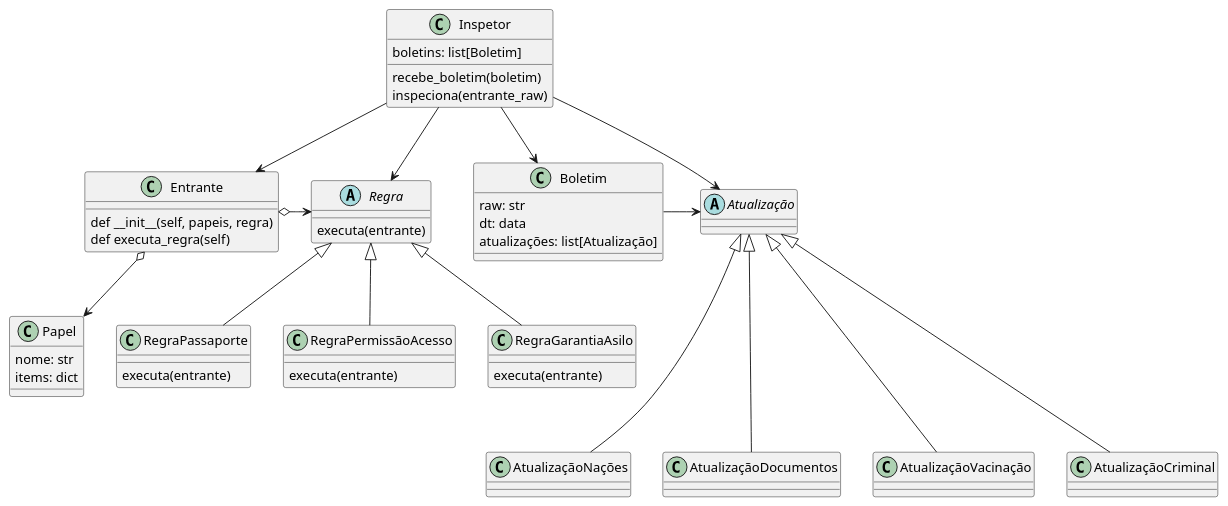
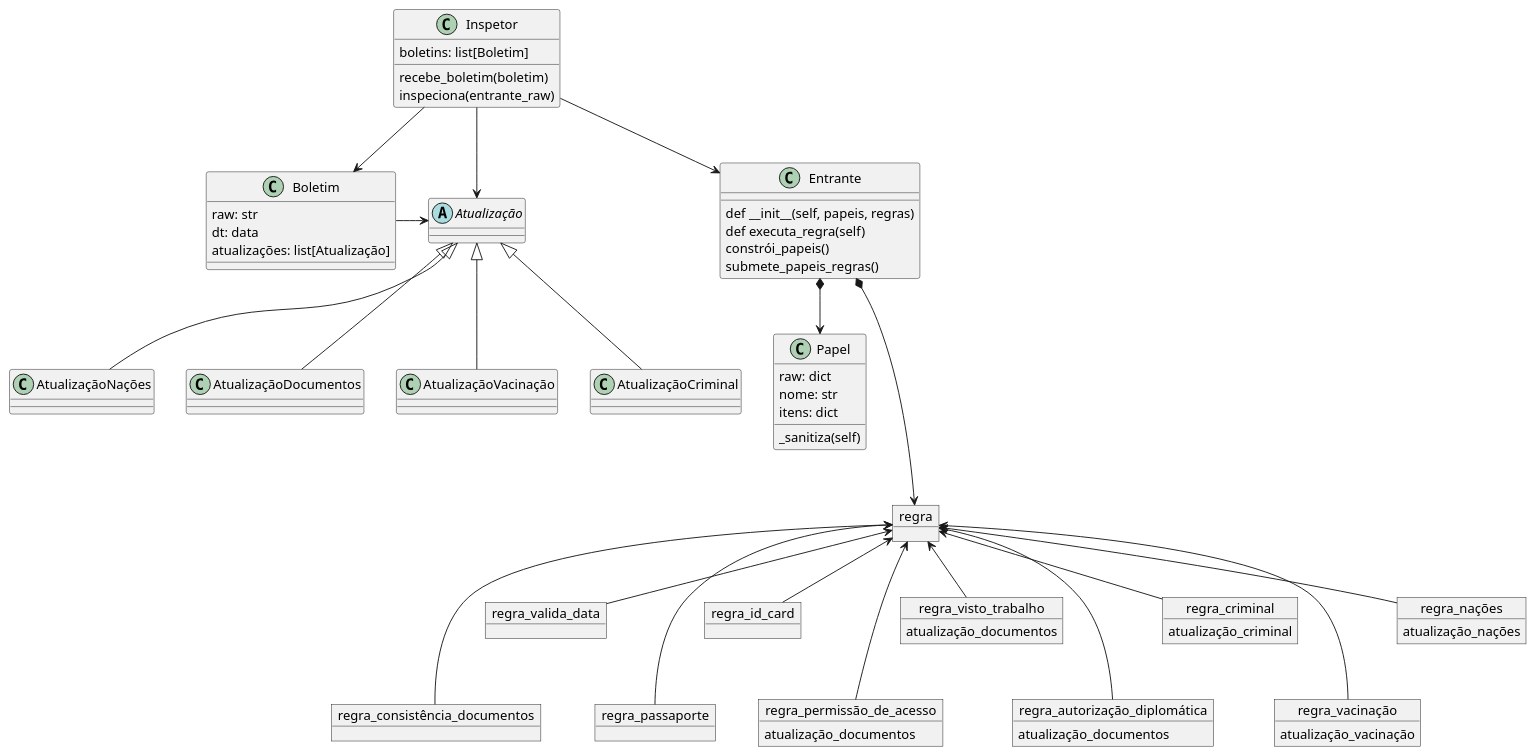
The diagram in strategy.pu (ralphribeiro/papers_please), drawn with PlantUML before and after one commit. The commit also changed 3 other files, not shown here.

```diff
--- a/strategy.pu
+++ b/strategy.pu
@@ -1,65 +1,83 @@
 @startuml
 
 class Entrante{
-    def __init__(self, papeis, regra)
+    def __init__(self, papeis, regras)
     def executa_regra(self)
-}
-
-abstract Regra{
-    executa(entrante)
-
+    constrói_papeis()
+    submete_papeis_regras()
 }
 
 class Papel{
+    raw: dict
     nome: str
-    items: dict
-}
-
-class RegraPassaporte{
-    executa(entrante)
-}
-class RegraPermissãoAcesso{
-    executa(entrante)
-}
-class RegraGarantiaAsilo{
-    executa(entrante)
+    itens: dict
+    _sanitiza(self)
 }
 
 class Boletim{
     raw: str
     dt: data
     atualizações: list[Atualização]
 }
 
+class Inspetor{
+    boletins: list[Boletim]
+    recebe_boletim(boletim)
+    inspeciona(entrante_raw)
+}
+
+object regra
+object regra_consistência_documentos
+object regra_valida_data
+object regra_passaporte
+object regra_id_card
+object regra_permissão_de_acesso{
+    atualização_documentos
+}
+object regra_visto_trabalho{
+    atualização_documentos
+}
+object regra_autorização_diplomática{
+    atualização_documentos
+}
+object regra_criminal{
+    atualização_criminal
+}
+object regra_vacinação{
+    atualização_vacinação
+}
+object regra_nações{
+    atualização_nações
+}
+
 abstract Atualização
 class AtualizaçãoNações
 class AtualizaçãoDocumentos
 class AtualizaçãoVacinação
 class AtualizaçãoCriminal
 
-
-
-class Inspetor{
-    boletins: list[Boletim]
-    recebe_boletim(boletim)
-    inspeciona(entrante_raw)
-}
+regra <--- regra_consistência_documentos
+regra <-- regra_valida_data
+regra <--- regra_passaporte
+regra <-- regra_id_card
+regra <--- regra_permissão_de_acesso
+regra <-- regra_visto_trabalho
+regra <--- regra_autorização_diplomática
+regra <-- regra_criminal
+regra <--- regra_vacinação
+regra <-- regra_nações
 
 Inspetor --> Entrante
-Inspetor --> Regra
 Inspetor --> Boletim
 Inspetor --> Atualização
 
-Entrante o-> Regra
-Entrante o--> Papel
-Regra <|-- RegraPassaporte
-Regra <|-- RegraPermissãoAcesso
-Regra <|-- RegraGarantiaAsilo
+Entrante *---> regra
+Entrante *--> Papel
 
-Atualização <|--- AtualizaçãoNações
-Atualização <|--- AtualizaçãoDocumentos
-Atualização <|--- AtualizaçãoVacinação
-Atualização <|--- AtualizaçãoCriminal
+Atualização <|-- AtualizaçãoNações
+Atualização <|-- AtualizaçãoDocumentos
+Atualização <|-- AtualizaçãoVacinação
+Atualização <|-- AtualizaçãoCriminal
 
 Boletim -> Atualização
 @enduml
```
